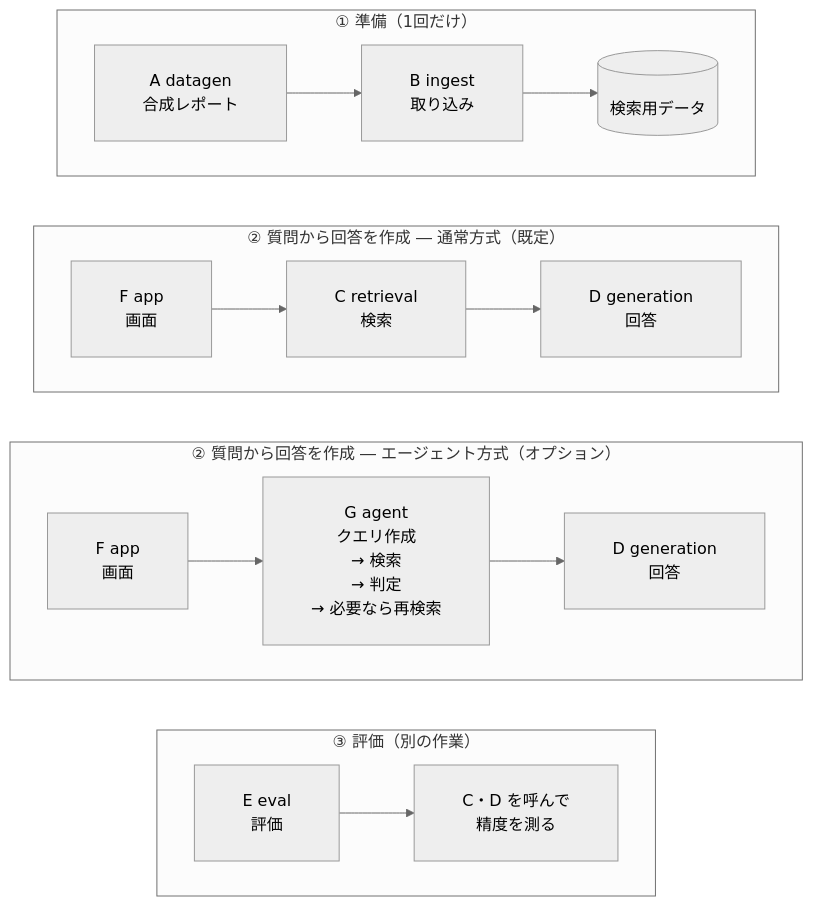
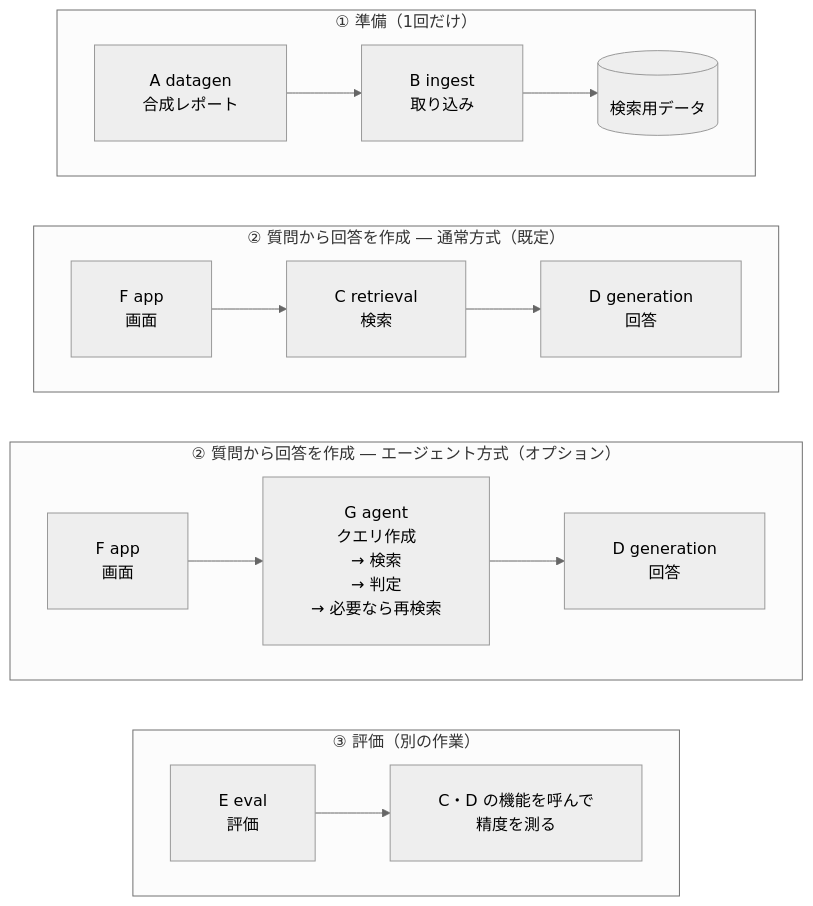
Before and after one commit to satoshi-abe-dev/silo-rag: the first of 3 diagrams in README_ja.md, drawn with Mermaid (neutral theme). The commit also changed other lines of this file and 4 other files, not shown here.

````diff
--- a/README_ja.md
+++ b/README_ja.md
@@ -125,23 +125,23 @@
 ```mermaid
 %%{init: {"flowchart": {"padding": 24, "wrappingWidth": 400}}}%%
 graph TB
     subgraph prep["① 準備（1回だけ）"]
         direction LR
         A["A datagen<br/>合成レポート"] --> B["B ingest<br/>取り込み"] --> DB[("検索用データ")]
     end
     subgraph plain["② 質問から回答を作成 ― 通常方式（既定）"]
         direction LR
         F1["F app<br/>画面"] --> C1["C retrieval<br/>検索"] --> D1["D generation<br/>回答"]
     end
     subgraph agent["② 質問から回答を作成 ― エージェント方式（オプション）"]
         direction LR
         F2["F app<br/>画面"] --> G["G agent<br/>クエリ作成<br/>→ 検索<br/>→ 判定<br/>→ 必要なら再検索"] --> D2["D generation<br/>回答"]
     end
     subgraph ev["③ 評価（別の作業）"]
         direction LR
-        E["E eval<br/>評価"] --> CD["C・D を呼んで<br/>精度を測る"]
+        E["E eval<br/>評価"] --> CD["C・D の機能を呼んで<br/>精度を測る"]
     end
     prep ~~~ plain
     plain ~~~ agent
     agent ~~~ ev
 ```
````
